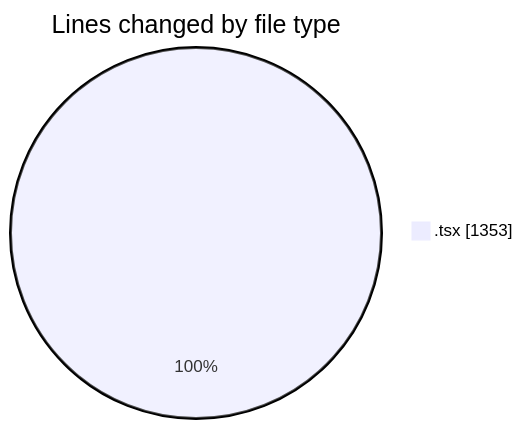
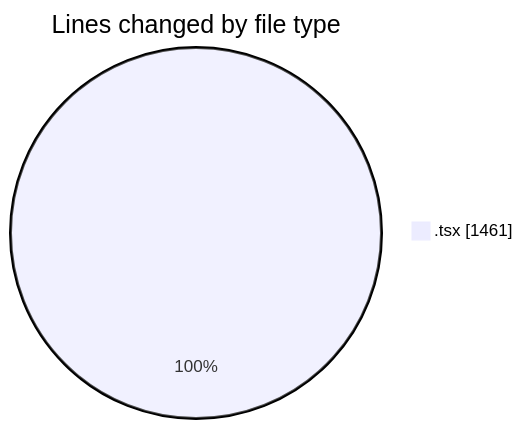
Before and after one commit to momahboobian/code-tracking: the first of 2 diagrams in 2025-09-30/cda/README.md, drawn with Mermaid. The commit also changed other lines of this file and 1 other file, not shown here.

````diff
--- a/2025-09-30/cda/README.md
+++ b/2025-09-30/cda/README.md
@@ -21,5 +21,5 @@
 ```mermaid
 pie showData
 title Lines changed by file type
-".tsx" : 1353
+".tsx" : 1461
 ```
````
